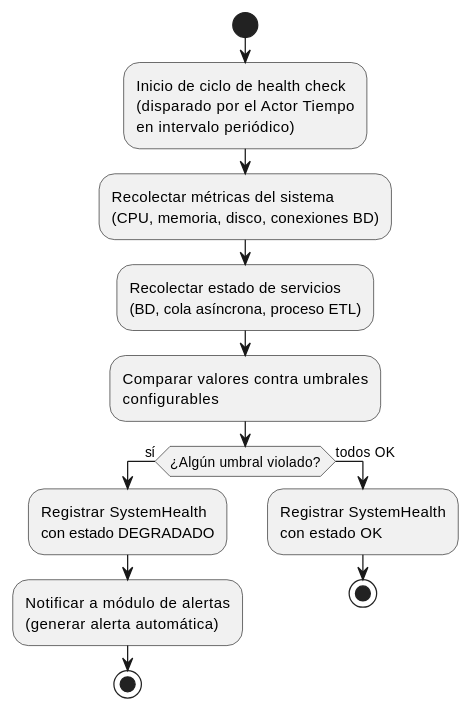
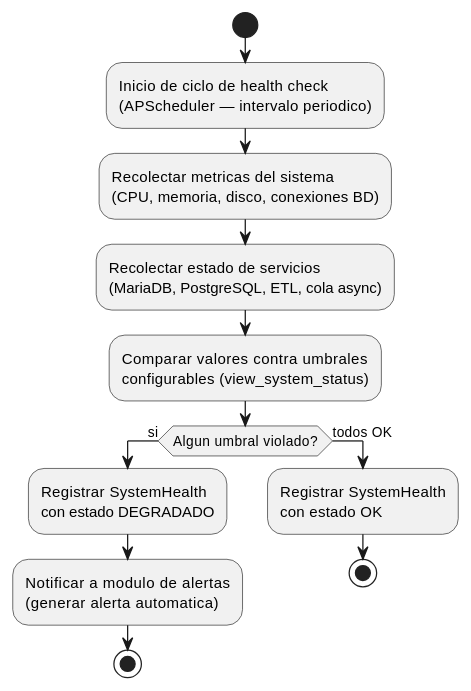
The first of 3 diagrams in source/arquitectura-tecnica/modulos/sys-logs/diagramas.rst (jcg-admin/IACT-docs), drawn with PlantUML before and after one commit. The commit also changed other lines of this file and 3 other files, not shown here.

```diff
--- a/source/arquitectura-tecnica/modulos/sys-logs/diagramas.rst
+++ b/source/arquitectura-tecnica/modulos/sys-logs/diagramas.rst
@@ -11,25 +11,25 @@
 .. uml::
- :caption: Flujo del health check del sistema — recolección de métricas y evaluación de umbrales.
+ :caption: Flujo del health check del sistema — recoleccion de metricas y evaluacion de umbrales.
 
  @startuml
 
  start
 
- :Inicio de ciclo de health check\n(disparado por el Actor Tiempo\nen intervalo periódico);
+ :Inicio de ciclo de health check\n(APScheduler — intervalo periodico);
 
- :Recolectar métricas del sistema\n(CPU, memoria, disco, conexiones BD);
+ :Recolectar metricas del sistema\n(CPU, memoria, disco, conexiones BD);
 
- :Recolectar estado de servicios\n(BD, cola asíncrona, proceso ETL);
+ :Recolectar estado de servicios\n(MariaDB, PostgreSQL, ETL, cola async);
 
- :Comparar valores contra umbrales\nconfigurables;
+ :Comparar valores contra umbrales\nconfigurables (view_system_status);
 
- if (¿Algún umbral violado?) then (sí)
+ if (Algun umbral violado?) then (si)
    :Registrar SystemHealth\ncon estado DEGRADADO;
-   :Notificar a módulo de alertas\n(generar alerta automática);
+   :Notificar a modulo de alertas\n(generar alerta automatica);
    stop
  else (todos OK)
    :Registrar SystemHealth\ncon estado OK;
    stop
  endif
 
  @enduml
```
